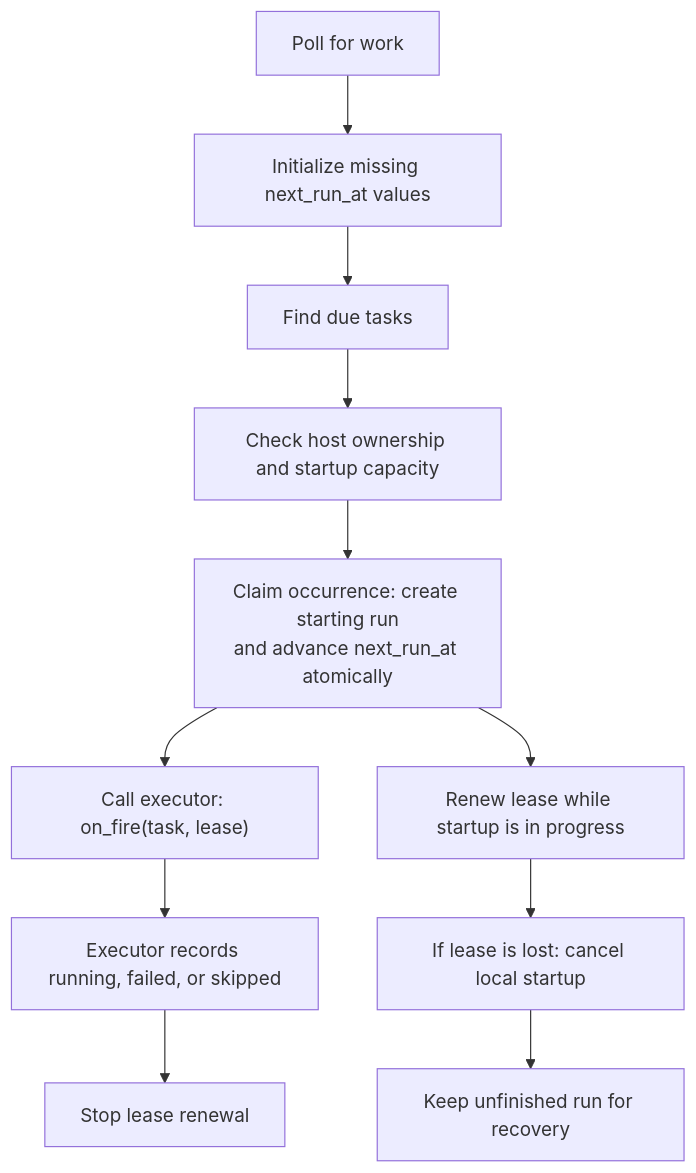
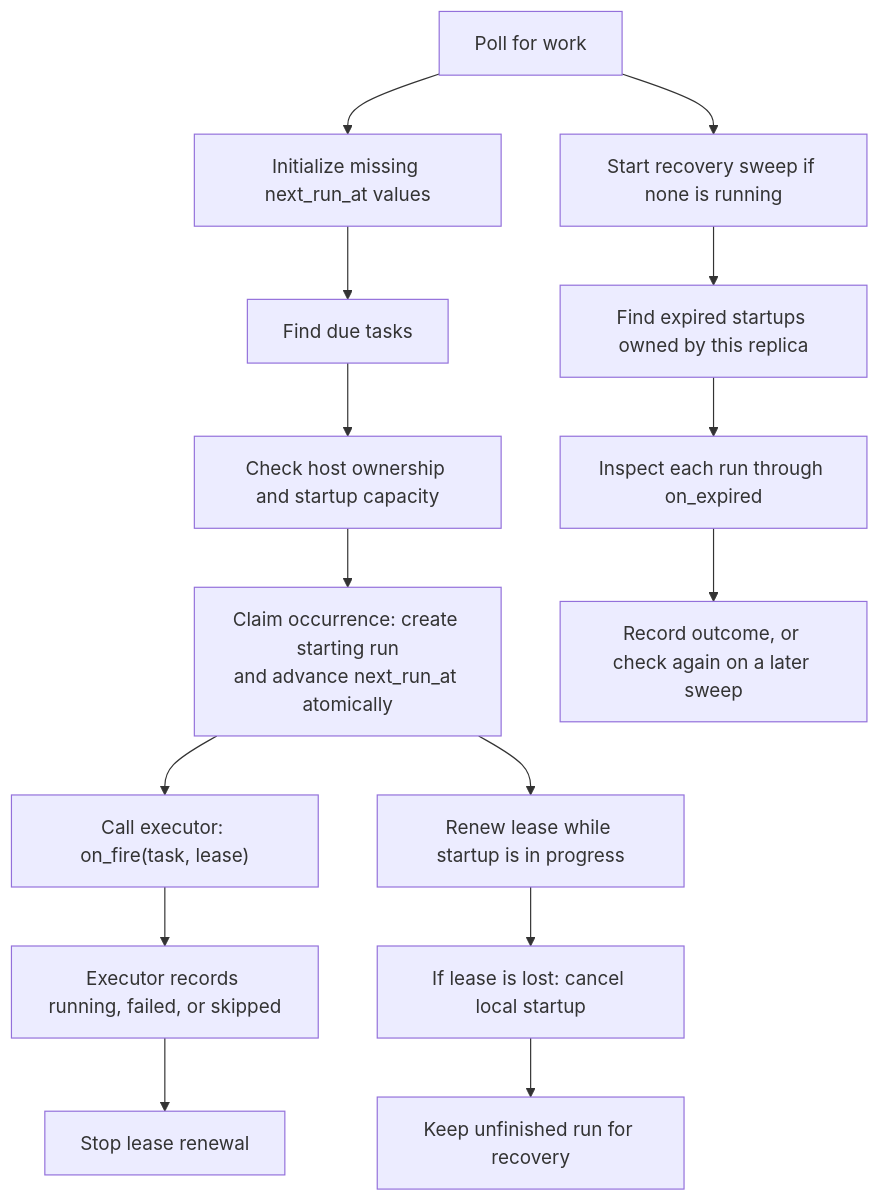
The diagram in omnigent/server/scheduled/README.md (24601/omnigent), drawn with Mermaid before and after one commit. The commit also changed other lines of this file and 4 other files, not shown here.

First line of the commit message:
Recover expired scheduled startups and clean up deleted tasks (#11237)

````diff
--- a/omnigent/server/scheduled/README.md
+++ b/omnigent/server/scheduled/README.md
@@ -12,13 +20,17 @@
 ```mermaid
 flowchart TD
     A["Poll for work"] --> B["Initialize missing next_run_at values"]
     B --> C["Find due tasks"]
     C --> D["Check host ownership and startup capacity"]
     D --> E["Claim occurrence: create starting run<br/>and advance next_run_at atomically"]
     E --> F["Call executor: on_fire(task, lease)"]
     E --> G["Renew lease while startup is in progress"]
     F --> H["Executor records running, failed, or skipped"]
     H --> I["Stop lease renewal"]
     G --> J["If lease is lost: cancel local startup"]
     J --> K["Keep unfinished run for recovery"]
+    A --> L["Start recovery sweep if none is running"]
+    L --> M["Find expired startups owned by this replica"]
+    M --> N["Inspect each run through on_expired"]
+    N --> O["Record outcome, or check again on a later sweep"]
 ```
````
